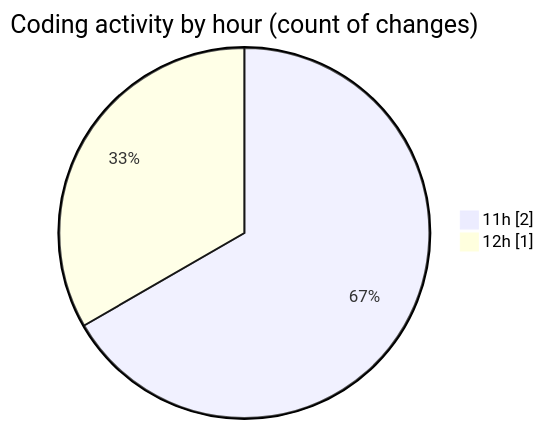
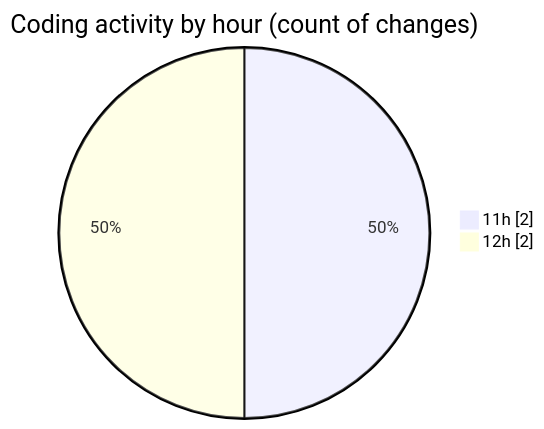
Before and after one commit to nxtqubesakshisongat/code-tracking: the second of 2 diagrams in 2025-12-28/nxtqube_webapp/README.md, drawn with Mermaid. The commit also changed other lines of this file and 1 other file, not shown here.

````diff
--- a/2025-12-28/nxtqube_webapp/README.md
+++ b/2025-12-28/nxtqube_webapp/README.md
@@ -28,6 +30,6 @@
 ```mermaid
 pie showData
 title Coding activity by hour (count of changes)
 "11h" : 2
-"12h" : 1
+"12h" : 2
 ```
````
